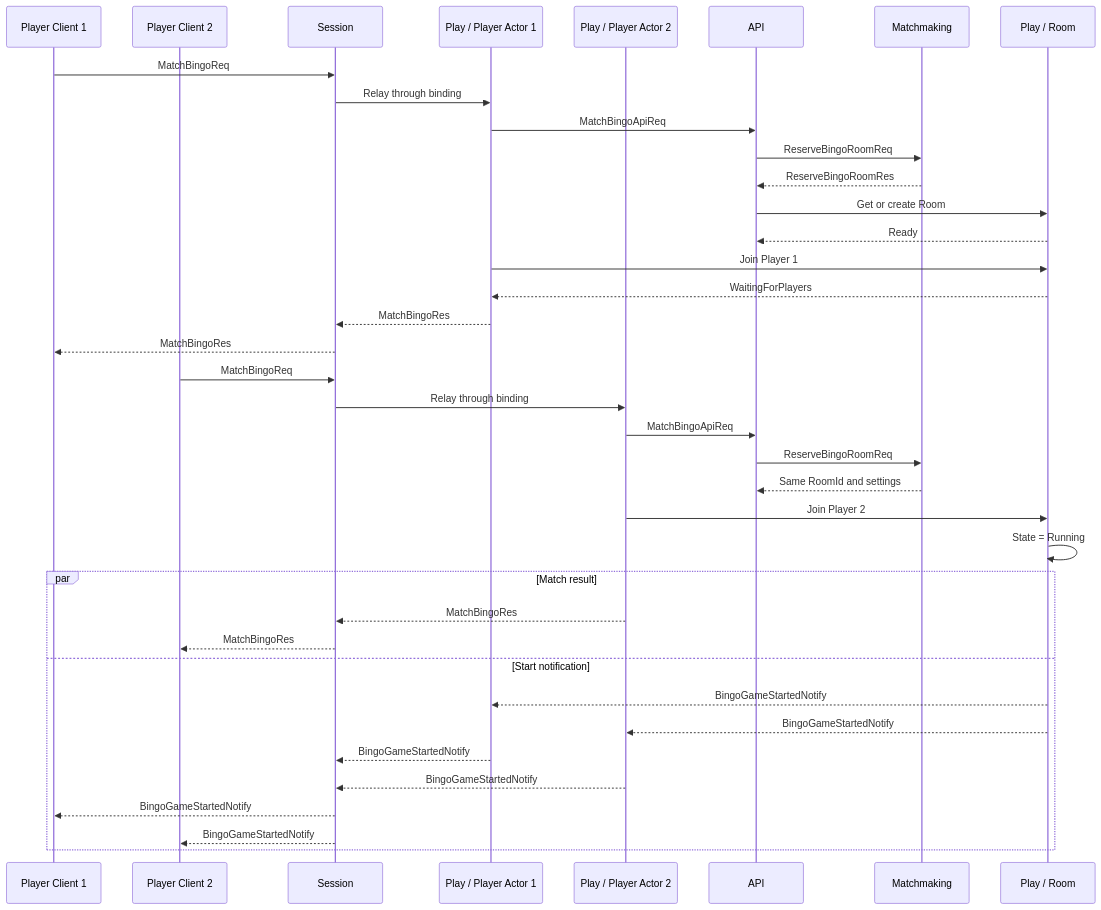
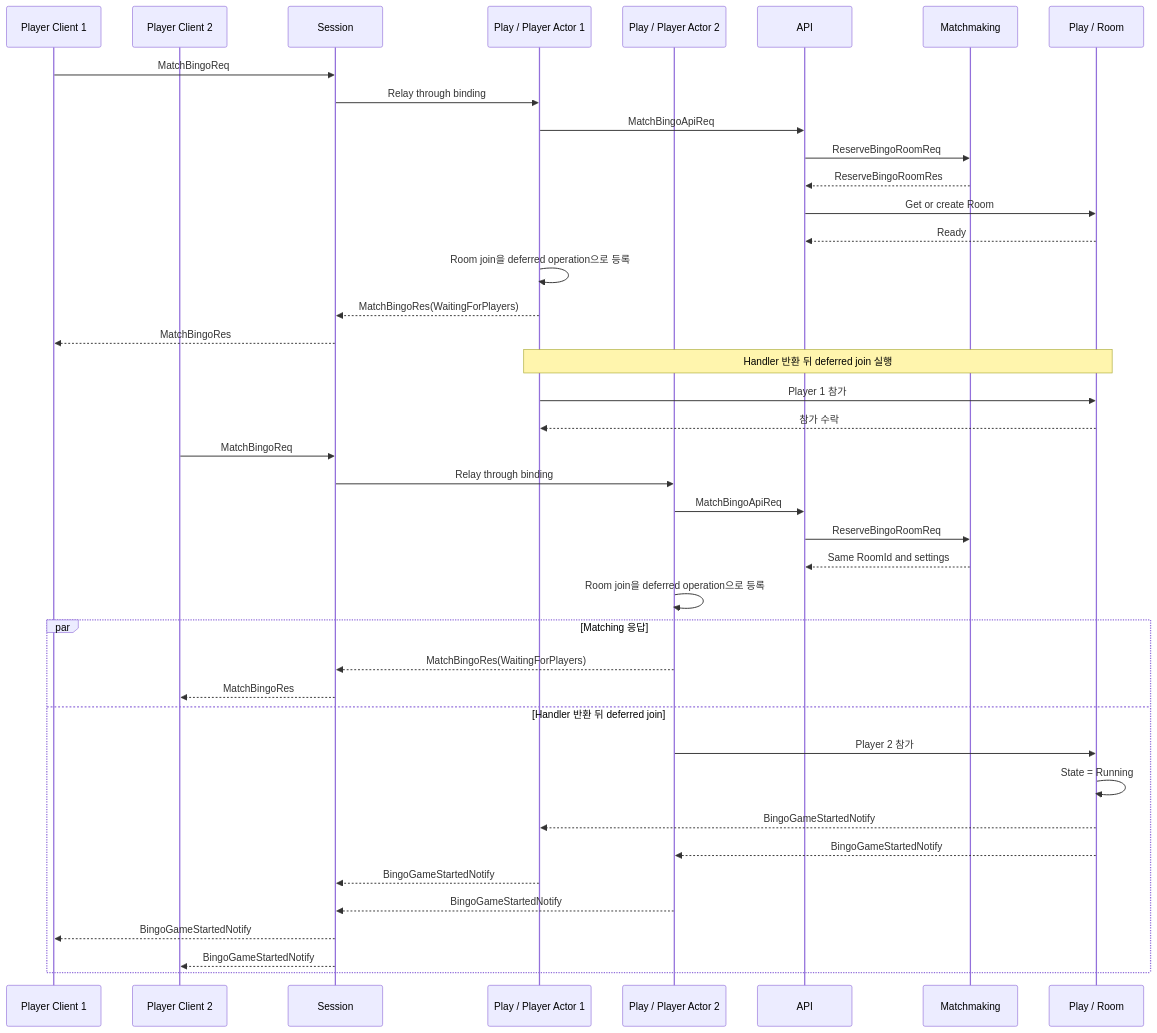
Before and after one commit to zlink-systems/zlink: the third of 6 diagrams in framework/doc/framework/common/sample/bingo/README.ko.md, drawn with Mermaid. The commit also changed other lines of this file and 1642 other files, not shown here.

````diff
--- a/framework/doc/framework/common/sample/bingo/README.ko.md
+++ b/framework/doc/framework/common/sample/bingo/README.ko.md
@@ -426,42 +431,45 @@
 ```mermaid
 sequenceDiagram
     participant Player1 as Player Client 1
     participant Player2 as Player Client 2
     participant Session
     participant Actor1 as Play / Player Actor 1
     participant Actor2 as Play / Player Actor 2
     participant API
     participant Matchmaker as Matchmaking
     participant Room as Play / Room
 
     Player1->>Session: MatchBingoReq
     Session->>Actor1: Relay through binding
     Actor1->>API: MatchBingoApiReq
     API->>Matchmaker: ReserveBingoRoomReq
     Matchmaker-->>API: ReserveBingoRoomRes
     API->>Room: Get or create Room
     Room-->>API: Ready
-    Actor1->>Room: Join Player 1
-    Room-->>Actor1: WaitingForPlayers
-    Actor1-->>Session: MatchBingoRes
+    Actor1->>Actor1: Room join을 deferred operation으로 등록
+    Actor1-->>Session: MatchBingoRes(WaitingForPlayers)
     Session-->>Player1: MatchBingoRes
+    Note over Actor1,Room: Handler 반환 뒤 deferred join 실행
+    Actor1->>Room: Player 1 참가
+    Room-->>Actor1: 참가 수락
 
     Player2->>Session: MatchBingoReq
     Session->>Actor2: Relay through binding
     Actor2->>API: MatchBingoApiReq
     API->>Matchmaker: ReserveBingoRoomReq
     Matchmaker-->>API: Same RoomId and settings
-    Actor2->>Room: Join Player 2
-    Room->>Room: State = Running
-    par Match result
-        Actor2-->>Session: MatchBingoRes
+    Actor2->>Actor2: Room join을 deferred operation으로 등록
+    par Matching 응답
+        Actor2-->>Session: MatchBingoRes(WaitingForPlayers)
         Session-->>Player2: MatchBingoRes
-    and Start notification
+    and Handler 반환 뒤 deferred join
+        Actor2->>Room: Player 2 참가
+        Room->>Room: State = Running
         Room-->>Actor1: BingoGameStartedNotify
         Room-->>Actor2: BingoGameStartedNotify
         Actor1-->>Session: BingoGameStartedNotify
         Actor2-->>Session: BingoGameStartedNotify
         Session-->>Player1: BingoGameStartedNotify
         Session-->>Player2: BingoGameStartedNotify
     end
 ```
````
